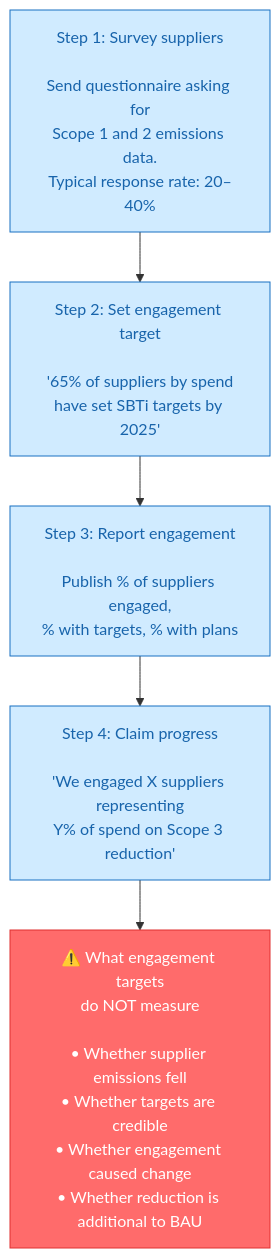
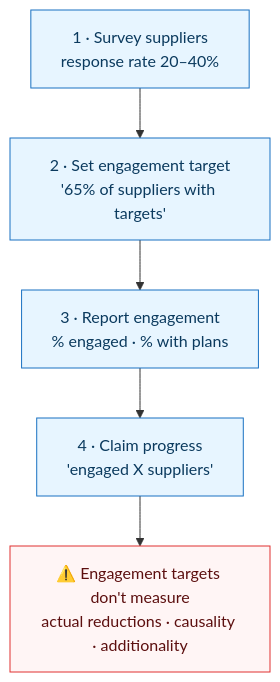
One commit to co3org/Scope3-Challenge changed the third of 9 diagrams in docs/04_abatement_challenges.md. Above: the diagram before and after it, drawn with Mermaid. The commit also changed other lines of this file and 11 other files, not shown here.

First line of the commit message:
Soft diagram palette and trim text-wall node labels

````diff
--- a/docs/04_abatement_challenges.md
+++ b/docs/04_abatement_challenges.md
@@ -134,16 +128,16 @@
 ```mermaid
 flowchart TD
-    classDef info fill:#d0ebff,stroke:#1971c2,color:#1864ab;
-    classDef bad fill:#ff6b6b,stroke:#e03131,color:#fff;
+    classDef info fill:#e7f5ff,stroke:#1971c2,color:#0b3a5e;
+    classDef bad fill:#fff5f5,stroke:#e03131,color:#5c0f0f;
 
-    Step1["Step 1: Survey suppliers\n\nSend questionnaire asking for\nScope 1 and 2 emissions data.\nTypical response rate: 20–40%"]
-    Step2["Step 2: Set engagement target\n\n'65% of suppliers by spend\nhave set SBTi targets by 2025'"]
-    Step3["Step 3: Report engagement\n\nPublish % of suppliers engaged,\n% with targets, % with plans"]
-    Step4["Step 4: Claim progress\n\n'We engaged X suppliers representing\nY% of spend on Scope 3 reduction'"]
-    Problem["⚠️ What engagement targets\ndo NOT measure\n\n• Whether supplier emissions fell\n• Whether targets are credible\n• Whether engagement caused change\n• Whether reduction is additional to BAU"]
+    Step1["1 · Survey suppliers<br/>response rate 20–40%"]
+    Step2["2 · Set engagement target<br/>'65% of suppliers with targets'"]
+    Step3["3 · Report engagement<br/>% engaged · % with plans"]
+    Step4["4 · Claim progress<br/>'engaged X suppliers'"]
+    Problem["⚠️ Engagement targets don't measure<br/>actual reductions · causality · additionality"]
 
     Step1 --> Step2 --> Step3 --> Step4 --> Problem
 
     class Step1,Step2,Step3,Step4 info;
     class Problem bad;
 ```
````
